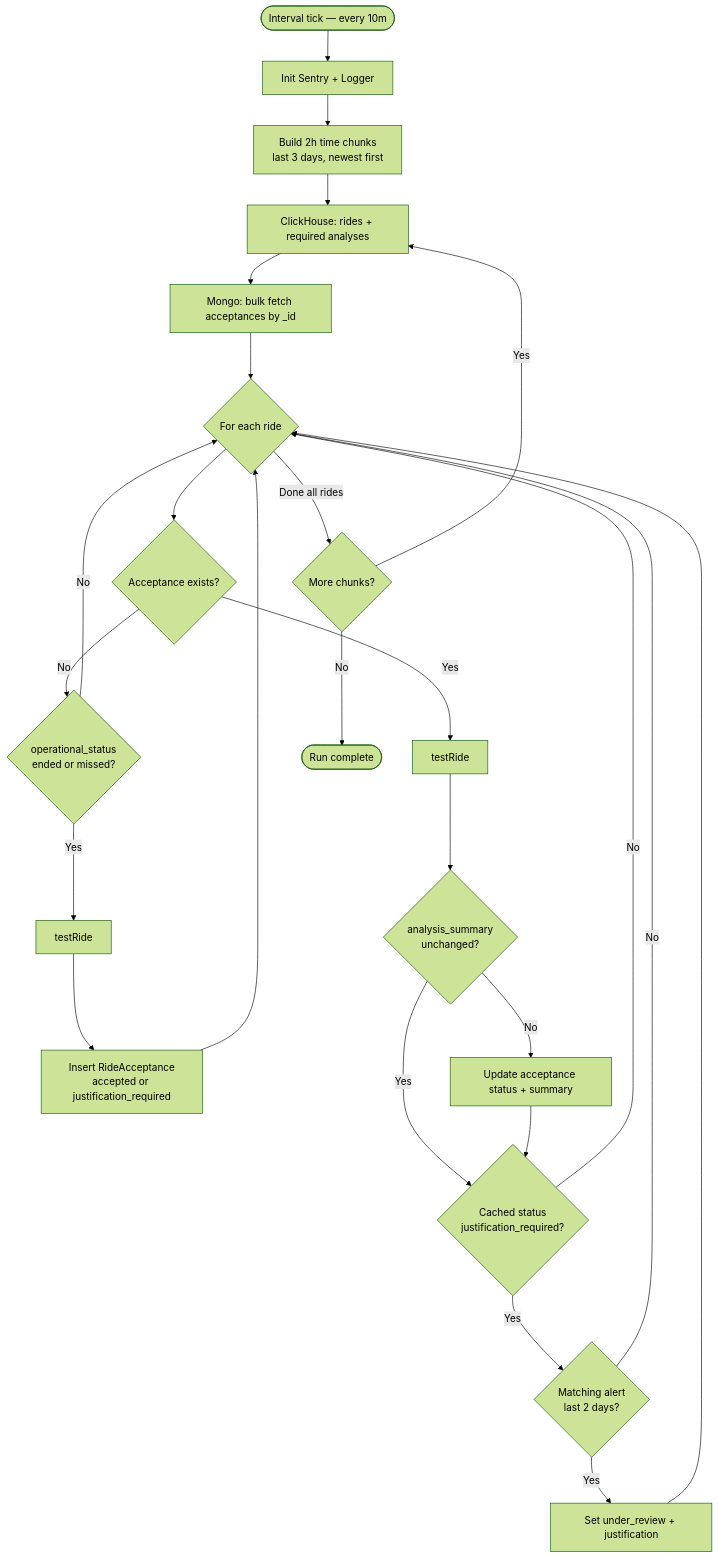
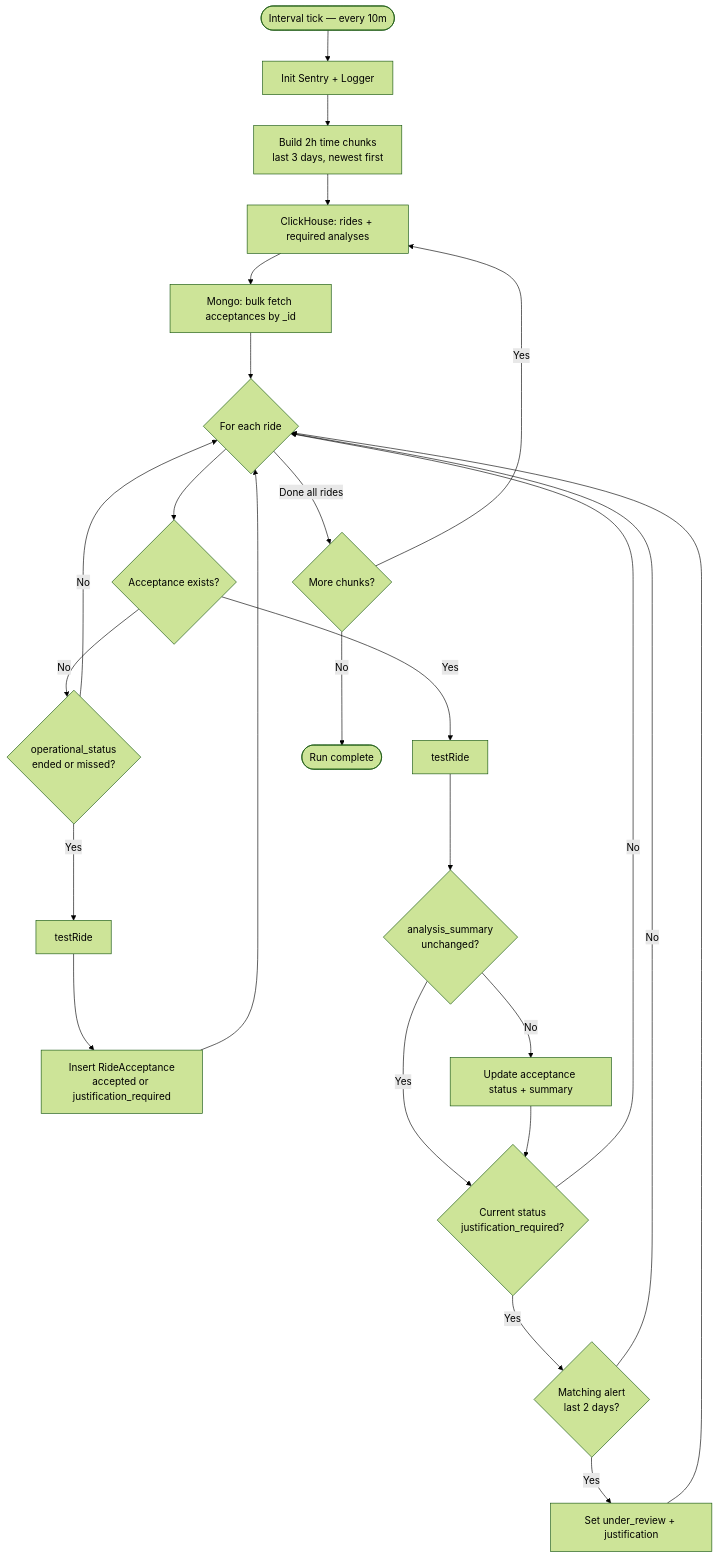
One commit to tmlmobilidade/go changed the first of 2 diagrams in modules/operation/apps/rides-acceptor/README.md. Above: the diagram before and after it, drawn with Mermaid (forest theme). The commit also changed other lines of this file and 18 other files, not shown here.

````diff
--- a/modules/operation/apps/rides-acceptor/README.md
+++ b/modules/operation/apps/rides-acceptor/README.md
@@ -153,33 +153,33 @@
 ```mermaid
 flowchart TD
     Start([Interval tick — every 10m]) --> Init[Init Sentry + Logger]
     Init --> Chunks[Build 2h time chunks<br/>last 3 days, newest first]
     Chunks --> FetchRides[ClickHouse: rides + required analyses]
     FetchRides --> FetchAcc[Mongo: bulk fetch acceptances by _id]
     FetchAcc --> Loop{For each ride}
 
     Loop --> HasAcc{Acceptance exists?}
 
     HasAcc -->|No| OpGate{operational_status<br/>ended or missed?}
     OpGate -->|No| Loop
     OpGate -->|Yes| TestCreate[testRide]
     TestCreate --> Insert[Insert RideAcceptance<br/>accepted or justification_required]
     Insert --> Loop
 
     HasAcc -->|Yes| TestUpdate[testRide]
     TestUpdate --> SummarySame{analysis_summary<br/>unchanged?}
     SummarySame -->|Yes| CheckAlert
     SummarySame -->|No| Update[Update acceptance status + summary]
     Update --> CheckAlert
 
-    CheckAlert{Cached status<br/>justification_required?}
+    CheckAlert{Current status<br/>justification_required?}
     CheckAlert -->|No| Loop
     CheckAlert -->|Yes| AlertLookup{Matching alert<br/>last 2 days?}
     AlertLookup -->|No| Loop
     AlertLookup -->|Yes| Justify[Set under_review + justification]
     Justify --> Loop
 
     Loop -->|Done all rides| NextChunk{More chunks?}
     NextChunk -->|Yes| FetchRides
     NextChunk -->|No| End([Run complete])
 ```
````
